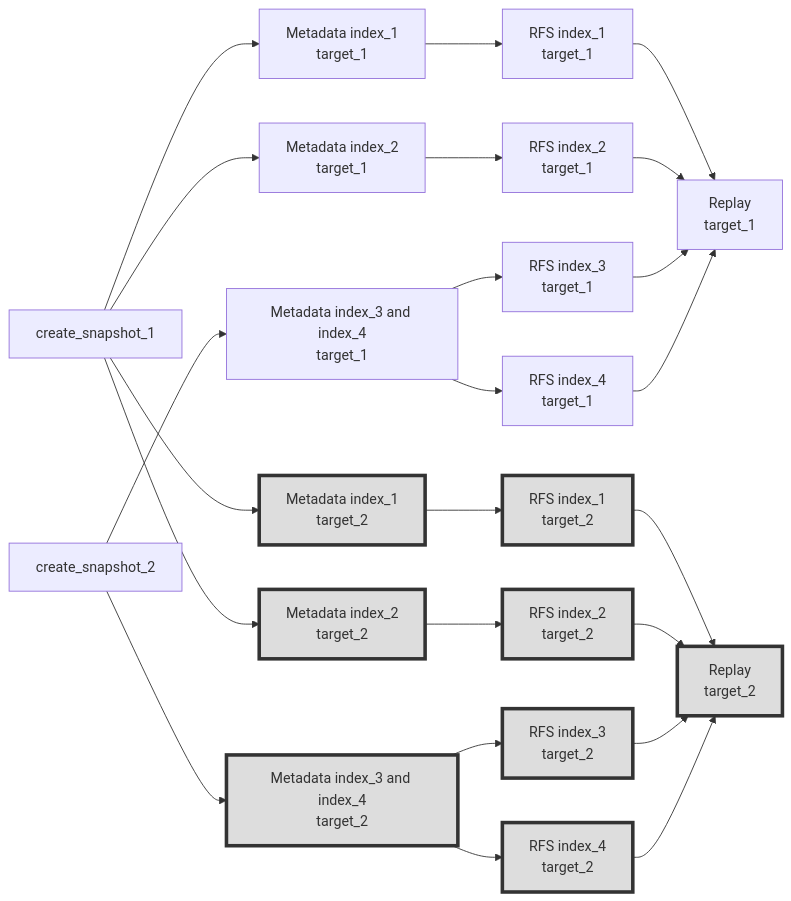
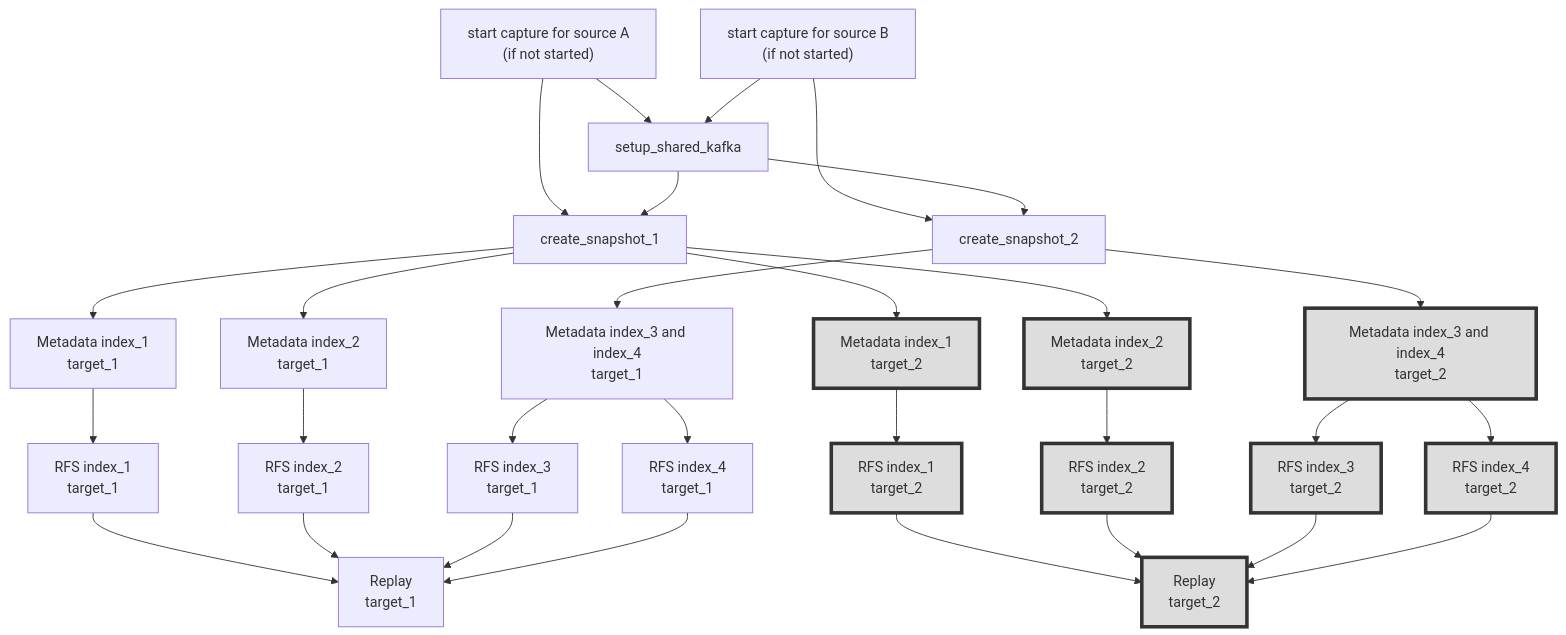
The third of 3 diagrams in TrafficCapture/dockerSolution/src/main/docker/migrationConsole/workflows/README.md (opensearch-project/opensearch-migrations), drawn with Mermaid before and after one commit. The commit also changed other lines of this file, not shown here.

````diff
--- a/TrafficCapture/dockerSolution/src/main/docker/migrationConsole/workflows/README.md
+++ b/TrafficCapture/dockerSolution/src/main/docker/migrationConsole/workflows/README.md
@@ -1,47 +54,51 @@
 ```mermaid
-flowchart LR
+flowchart
+    start_capture_1["start capture for source A\n(if not started)"] --> create_snapshot_1
+    start_capture_1 --> setup_shared_kafka --> create_snapshot_1
+    
     create_snapshot_1 --> metadata_index1_t1[Metadata index_1\ntarget_1]
     create_snapshot_1 --> metadata_index2_t1[Metadata index_2\ntarget_1]
     
     metadata_index1_t1 --> rfs_index1_t1[RFS index_1\ntarget_1]
     metadata_index2_t1 --> rfs_index2_t1[RFS index_2\ntarget_1]
     
     create_snapshot_2 --> metadata_index3_and_index4_t1[Metadata index_3 and index_4\ntarget_1]
     
     metadata_index3_and_index4_t1 --> rfs_index3_t1[RFS index_3\ntarget_1]
     metadata_index3_and_index4_t1 --> rfs_index4_t1[RFS index_4\ntarget_1]
     
     rfs_index1_t1 --> replayer_target_t1[Replay\ntarget_1]
     rfs_index2_t1 --> replayer_target_t1
     rfs_index3_t1 --> replayer_target_t1
     rfs_index4_t1 --> replayer_target_t1
 
 
     create_snapshot_1 --> metadata_index1_t2[Metadata index_1\ntarget_2]
     create_snapshot_1 --> metadata_index2_t2[Metadata index_2\ntarget_2]
 
     metadata_index1_t2 --> rfs_index1_t2[RFS index_1\ntarget_2]
     metadata_index2_t2 --> rfs_index2_t2[RFS index_2\ntarget_2]
 
-
+    start_capture_2["start capture for source B\n(if not started)"] --> create_snapshot_2
+    start_capture_2 --> setup_shared_kafka --> create_snapshot_2
+    
     create_snapshot_2 --> metadata_index3_and_index4_t2[Metadata index_3 and index_4\ntarget_2]
     metadata_index3_and_index4_t2 --> rfs_index3_t2[RFS index_3\ntarget_2]
     metadata_index3_and_index4_t2 --> rfs_index4_t2[RFS index_4\ntarget_2]
 
     rfs_index1_t2 --> replayer_target_t2[Replay\ntarget_2]
     rfs_index2_t2 --> replayer_target_t2
     rfs_index3_t2 --> replayer_target_t2
     rfs_index4_t2 --> replayer_target_t2
 
     style metadata_index1_t2 fill:#ddd,stroke:#333,stroke-width:4px
     style metadata_index2_t2 fill:#ddd,stroke:#333,stroke-width:4px
     style metadata_index3_and_index4_t2 fill:#ddd,stroke:#333,stroke-width:4px
 
     style rfs_index1_t2 fill:#ddd,stroke:#333,stroke-width:4px
     style rfs_index2_t2 fill:#ddd,stroke:#333,stroke-width:4px
     style rfs_index3_t2 fill:#ddd,stroke:#333,stroke-width:4px
     style rfs_index4_t2 fill:#ddd,stroke:#333,stroke-width:4px
 
     style replayer_target_t2 fill:#ddd,stroke:#333,stroke-width:4px
-
 ```
````
